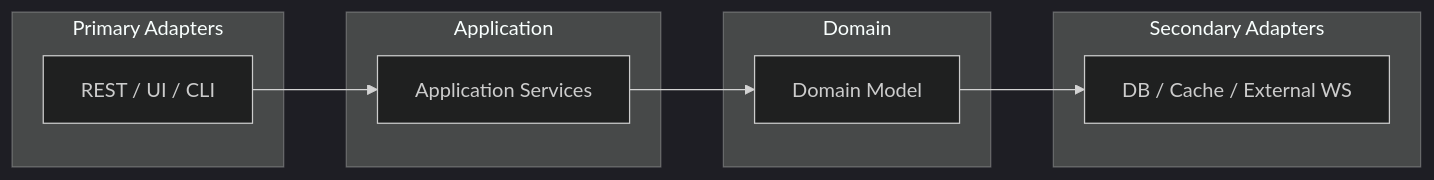
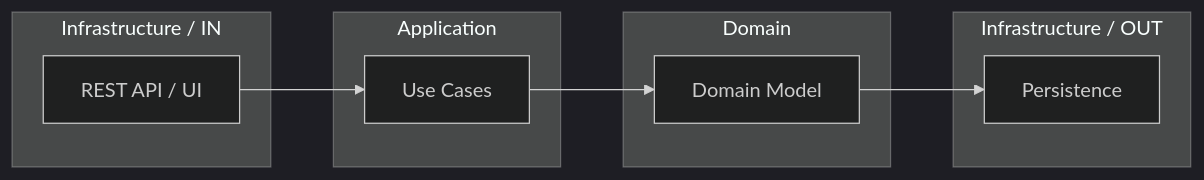
Before and after one commit to jonelleamio/buoyancy-operated-aquatic-transport-society: the first of 2 diagrams in README.md, drawn with Mermaid (dark theme). The commit also changed other lines of this file, not shown here.

Commit message:
docs: Update README to reflect architecture changes and checklist items

`````diff
--- a/README.md
+++ b/README.md
@@ -62,20 +63,20 @@
 ```mermaid
 flowchart LR
-   subgraph PrimaryAdapters["Primary Adapters"]
-      REST["REST / UI / CLI"]
+   subgraph PrimaryAdapters["Infrastructure / IN"]
+      REST["REST API / UI"]
    end
    subgraph Application["Application"]
-      AppSvc["Application Services"]
+      AppSvc["Use Cases"]
    end
    subgraph DomainLayer["Domain"]
       DM["Domain Model"]
    end
-   subgraph SecondaryAdapters["Secondary Adapters"]
-      Sec["DB / Cache / External WS"]
+   subgraph SecondaryAdapters["Infrastructure / OUT"]
+      Sec["Persistence"]
    end
 
    REST --> AppSvc
    AppSvc --> DM
    DM --> Sec
 
 ````
`````
